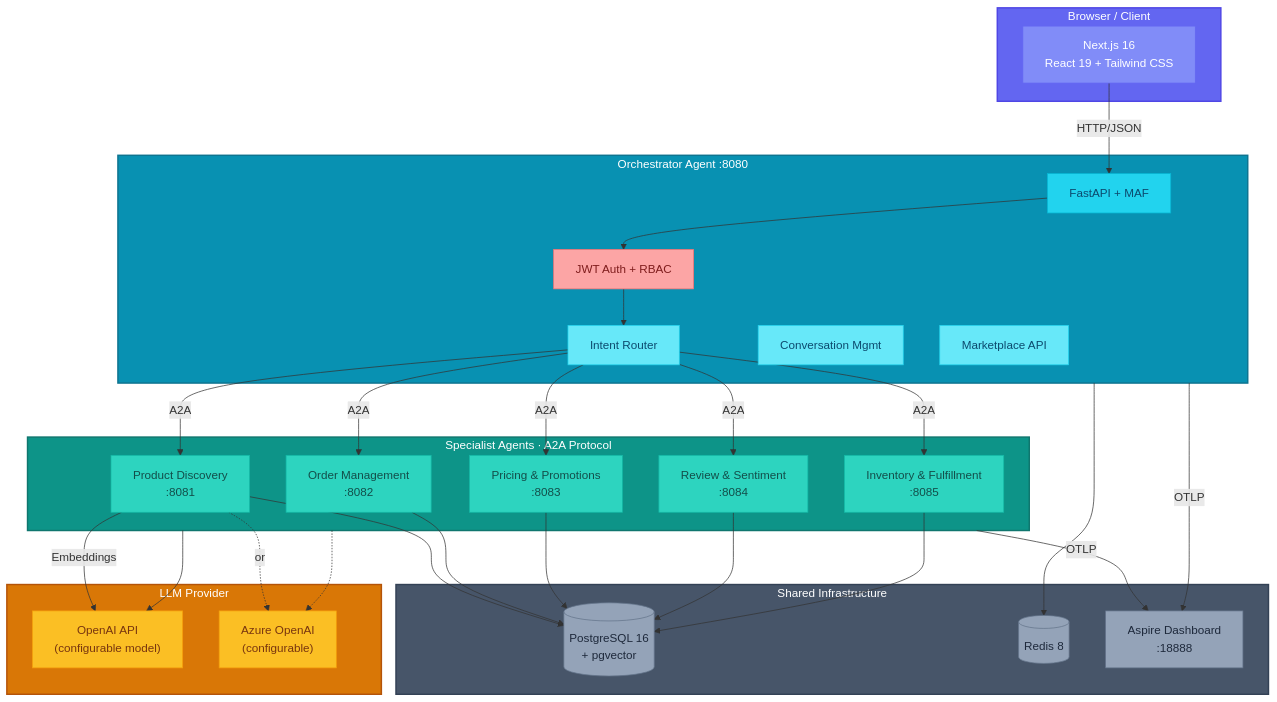
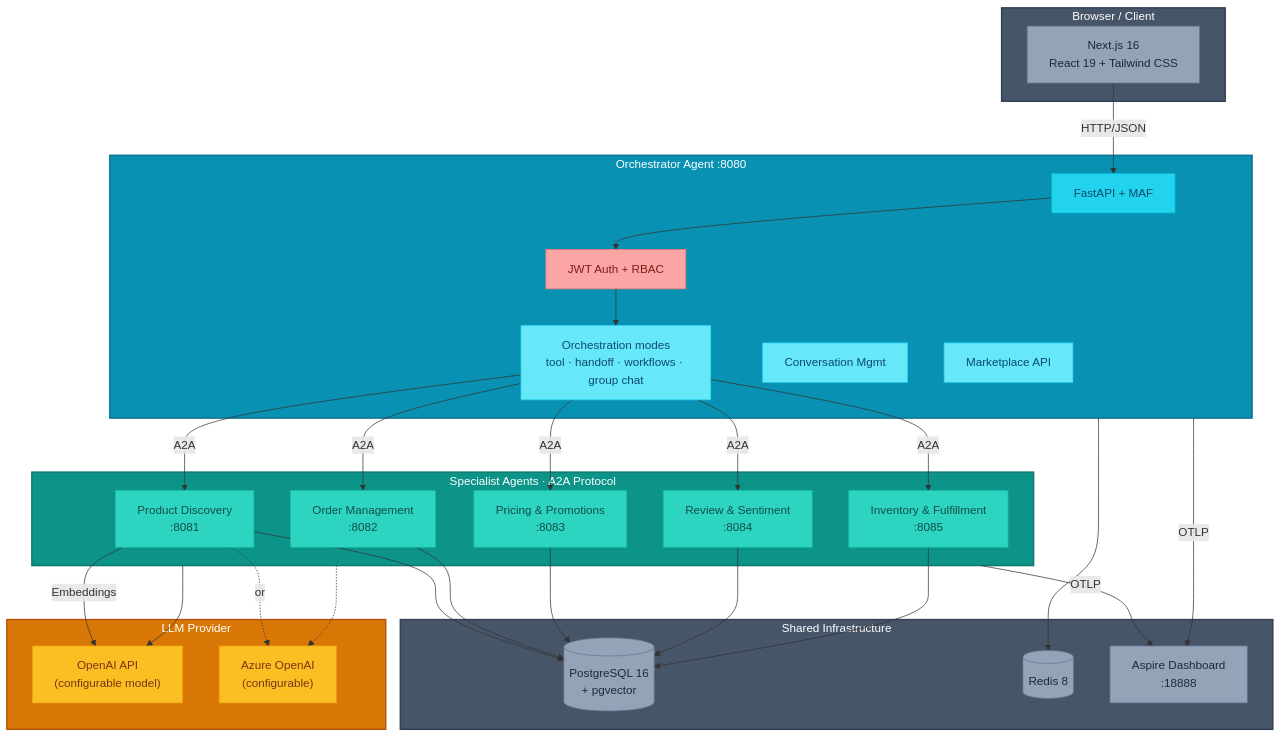
One commit to rakyma0228/eCommerce-agent changed the diagram in README.md. Above: the diagram before and after it, drawn with Mermaid. The commit also changed other lines of this file and 30 other files, not shown here.

First line of the commit message:
docs: lead with the five orchestration modes, and make the keyless claims true (#179)

```diff
--- a/README.md
+++ b/README.md
@@ -118,7 +154,7 @@
     subgraph Orchestrator["Orchestrator Agent :8080"]
         FA["FastAPI + MAF"]
         AUTH["JWT Auth + RBAC"]
-        ROUTER["Intent Router"]
+        ROUTER["Orchestration modes<br/>tool · handoff · workflows · group chat"]
         CONV["Conversation Mgmt"]
         MKT["Marketplace API"]
     end
@@ -166,8 +202,8 @@
     Specialists --> OAI
     Specialists -.-> AZ
 
-    style Client fill:#6366f1,stroke:#4f46e5,stroke-width:2px,color:#fff
-    style FE fill:#818cf8,stroke:#6366f1,color:#fff
+    style Client fill:#475569,stroke:#334155,stroke-width:2px,color:#fff
+    style FE fill:#94a3b8,stroke:#64748b,color:#1e293b
 
     style Orchestrator fill:#0891b2,stroke:#0e7490,stroke-width:2px,color:#fff
     style FA fill:#22d3ee,stroke:#06b6d4,color:#0c4a6e
```
